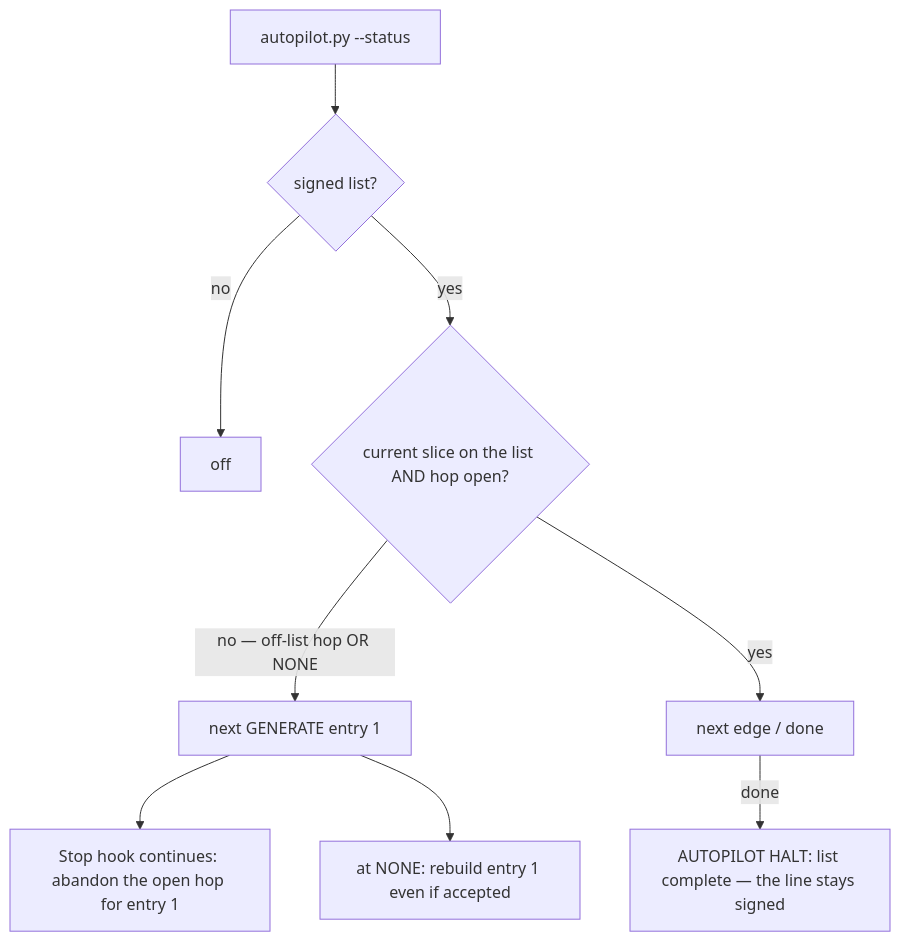
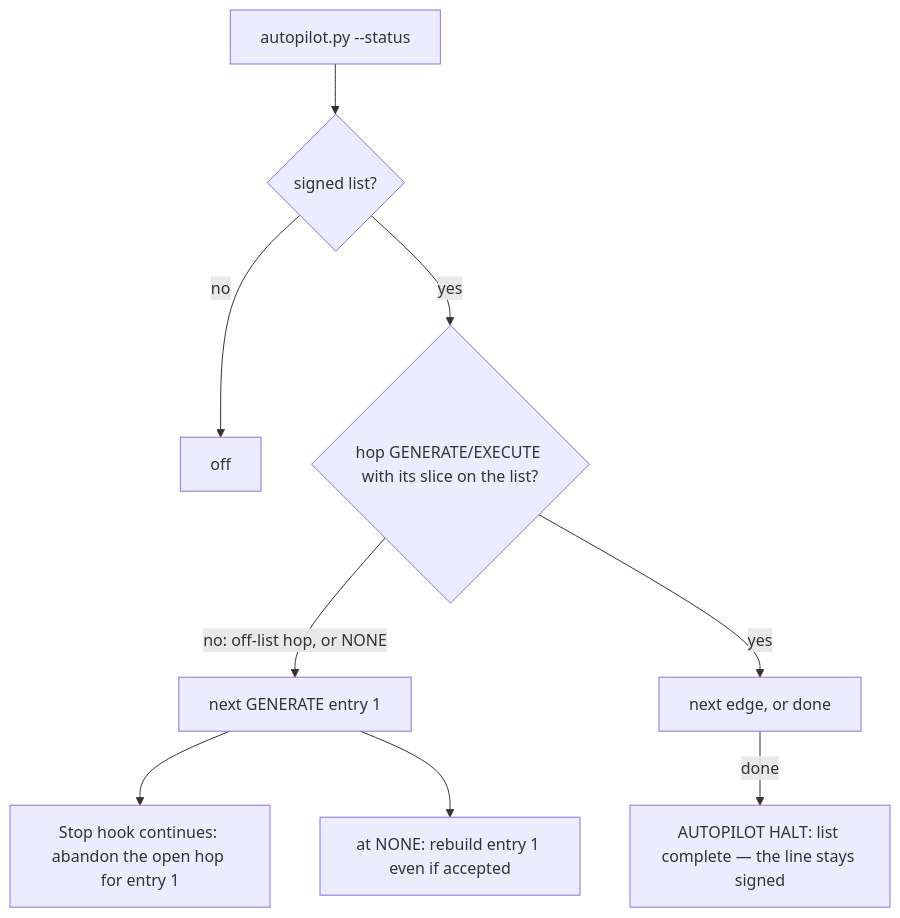
One commit to kadaluarsa/barbaric-driven-development changed the first of 2 diagrams in docs/cascade/05b-t87-autopilot-list-retire.md. Above: the diagram before and after it, drawn with Mermaid. The commit also changed other lines of this file and 1 other file, not shown here.

````diff
--- a/docs/cascade/05b-t87-autopilot-list-retire.md
+++ b/docs/cascade/05b-t87-autopilot-list-retire.md
@@ -39,11 +47,11 @@
 ```mermaid
 flowchart TD
   S[autopilot.py --status] --> L{signed list?}
   L -->|no| OFF[off]
-  L -->|yes| M{current slice on the list AND hop open?}
-  M -->|no — off-list hop OR NONE| N1[next GENERATE entry 1]
-  M -->|yes| N2[next edge / done]
+  L -->|yes| M{hop GENERATE/EXECUTE with its slice on the list?}
+  M -->|no: off-list hop, or NONE| N1[next GENERATE entry 1]
+  M -->|yes| N2[next edge, or done]
   N1 --> SG[Stop hook continues: abandon the open hop for entry 1]
   N1 --> RB[at NONE: rebuild entry 1 even if accepted]
   N2 -->|done| H[AUTOPILOT HALT: list complete — the line stays signed]
 ```
````
